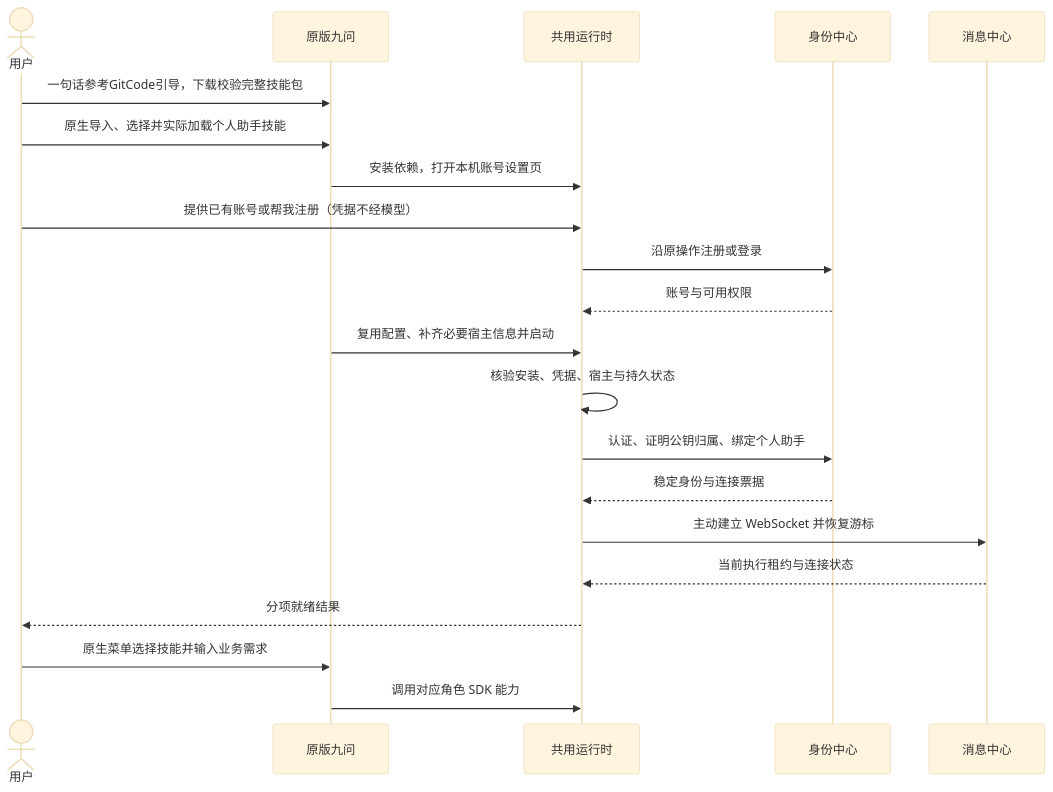
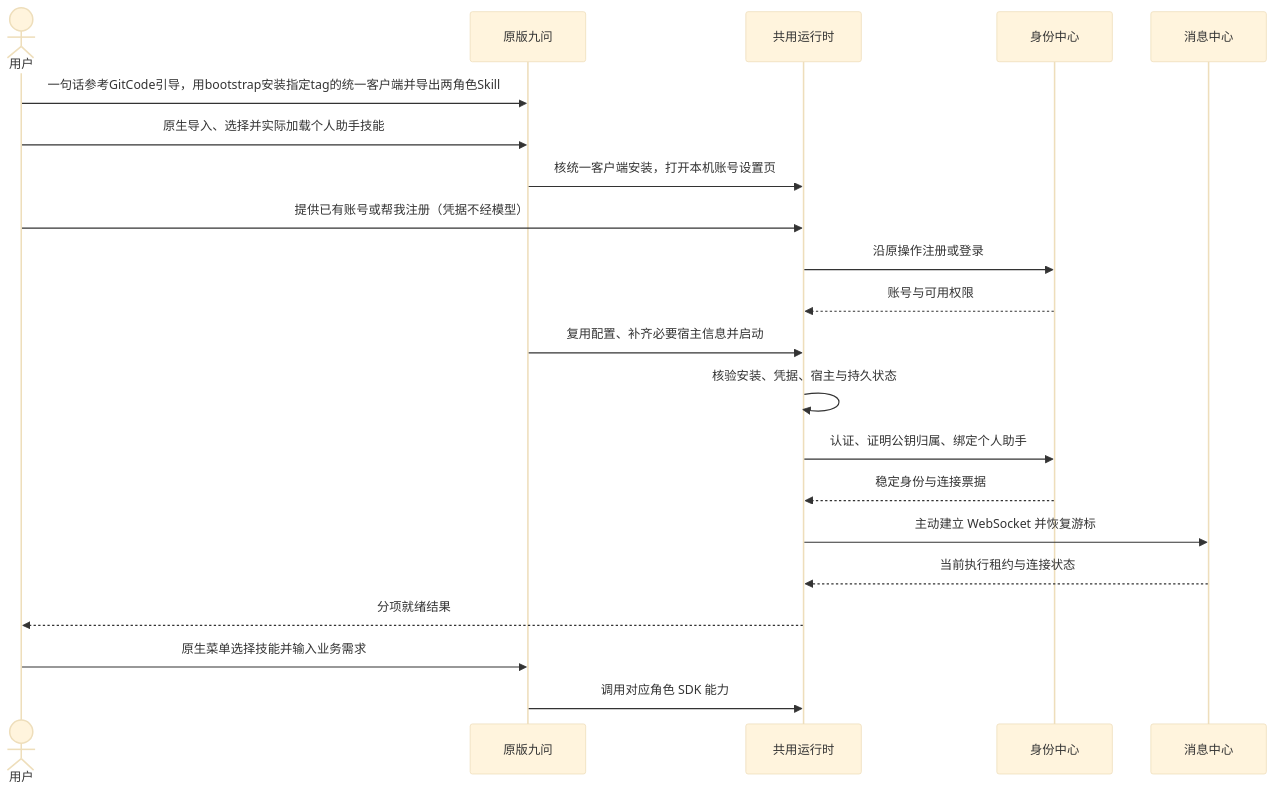
Before and after one commit to Weizheng96/Jiuwen-IoA-Lab: the diagram in 设计/流程/个人助手接入.md, drawn with Mermaid (base theme). The commit also changed other lines of this file and 226 other files, not shown here.

````diff
--- a/设计/流程/个人助手接入.md
+++ b/设计/流程/个人助手接入.md
@@ -22,23 +22,23 @@
 ```mermaid
 sequenceDiagram
     actor U as 用户
     participant J as 原版九问
     participant R as 共用运行时
     participant I as 身份中心
     participant M as 消息中心
-    U->>J: 一句话参考GitCode引导，下载校验完整技能包
+    U->>J: 一句话参考GitCode引导，用bootstrap安装指定tag的统一客户端并导出两角色Skill
     U->>J: 原生导入、选择并实际加载个人助手技能
-    J->>R: 安装依赖，打开本机账号设置页
+    J->>R: 核统一客户端安装，打开本机账号设置页
     U->>R: 提供已有账号或帮我注册（凭据不经模型）
     R->>I: 沿原操作注册或登录
     I-->>R: 账号与可用权限
     J->>R: 复用配置、补齐必要宿主信息并启动
     R->>R: 核验安装、凭据、宿主与持久状态
     R->>I: 认证、证明公钥归属、绑定个人助手
     I-->>R: 稳定身份与连接票据
     R->>M: 主动建立 WebSocket 并恢复游标
     M-->>R: 当前执行租约与连接状态
     R-->>U: 分项就绪结果
     U->>J: 原生菜单选择技能并输入业务需求
     J->>R: 调用对应角色 SDK 能力
 ```
````
